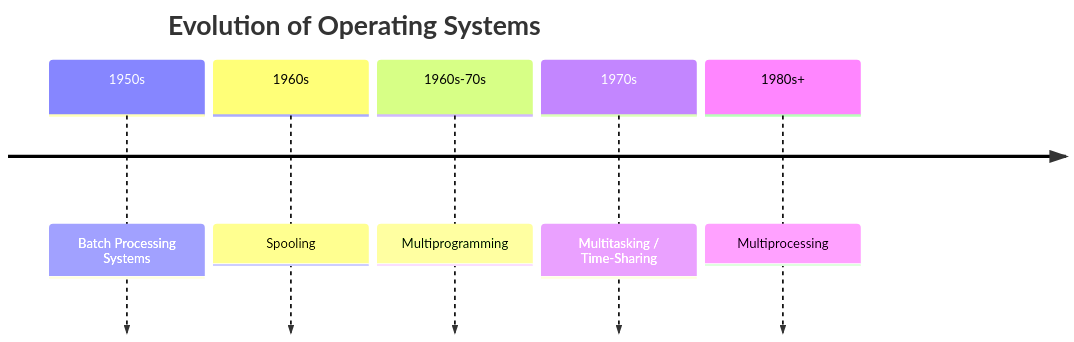
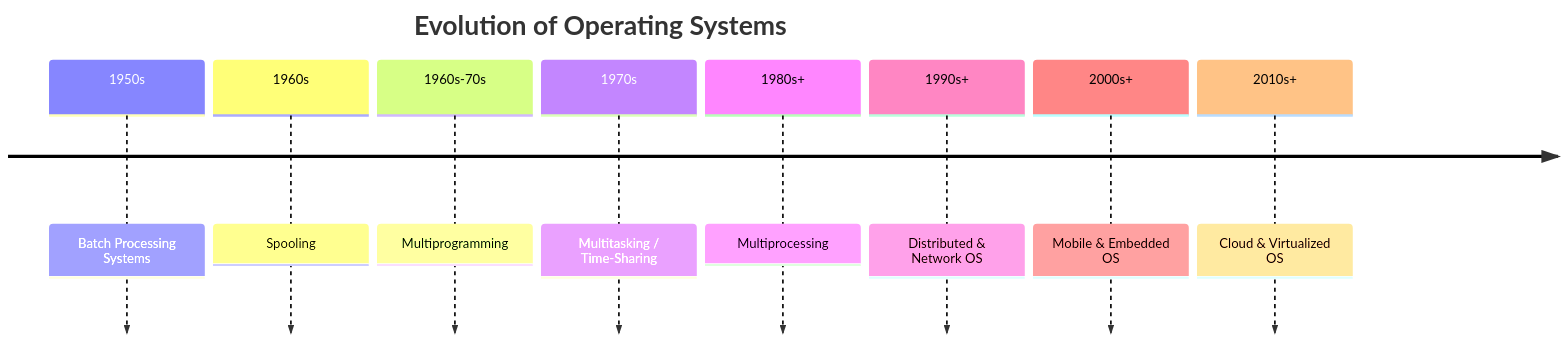
The fifth of 6 diagrams in 01-introduction-to-os/README.md (lakshyasingh-1/Operating-Systems), drawn with Mermaid before and after one commit. The commit also changed other lines of this file, not shown here.

````diff
--- a/01-introduction-to-os/README.md
+++ b/01-introduction-to-os/README.md
@@ -81,9 +221,12 @@
 ```mermaid
 timeline
     title Evolution of Operating Systems
     1950s : Batch Processing Systems
     1960s : Spooling   
     1960s-70s : Multiprogramming 
     1970s : Multitasking / Time-Sharing
     1980s+ : Multiprocessing   
+    1990s+ : Distributed & Network OS
+    2000s+ : Mobile & Embedded OS
+    2010s+ : Cloud & Virtualized OS
 ```
````
